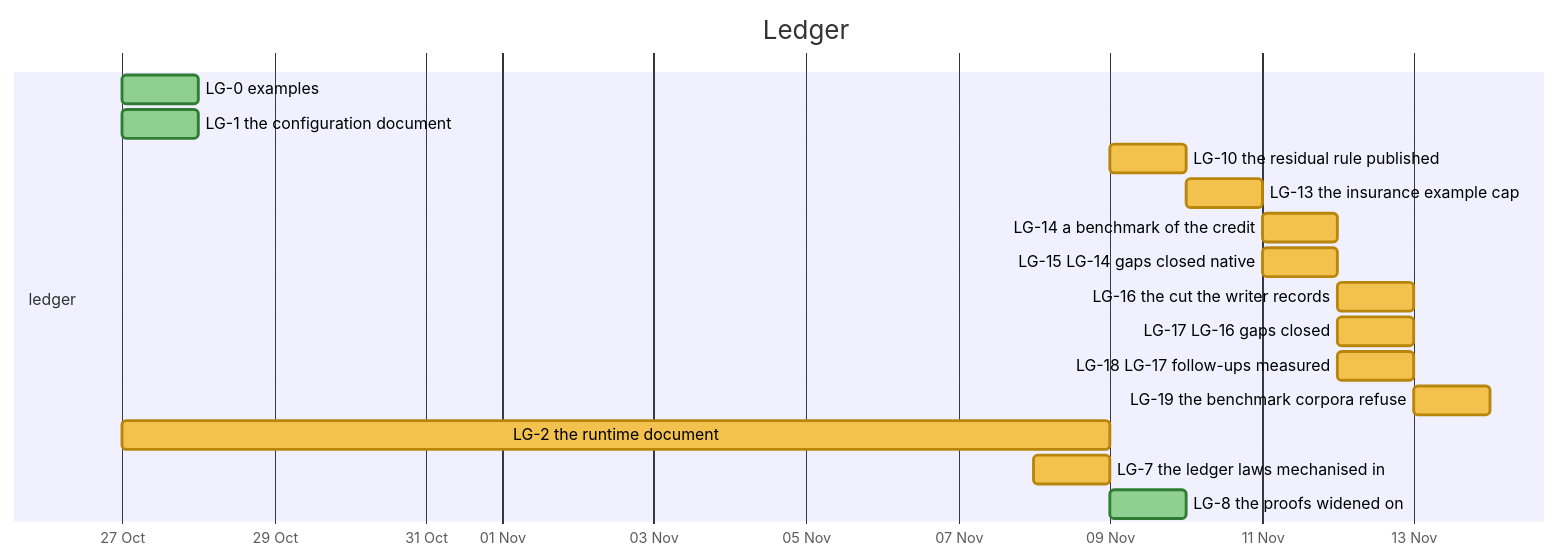
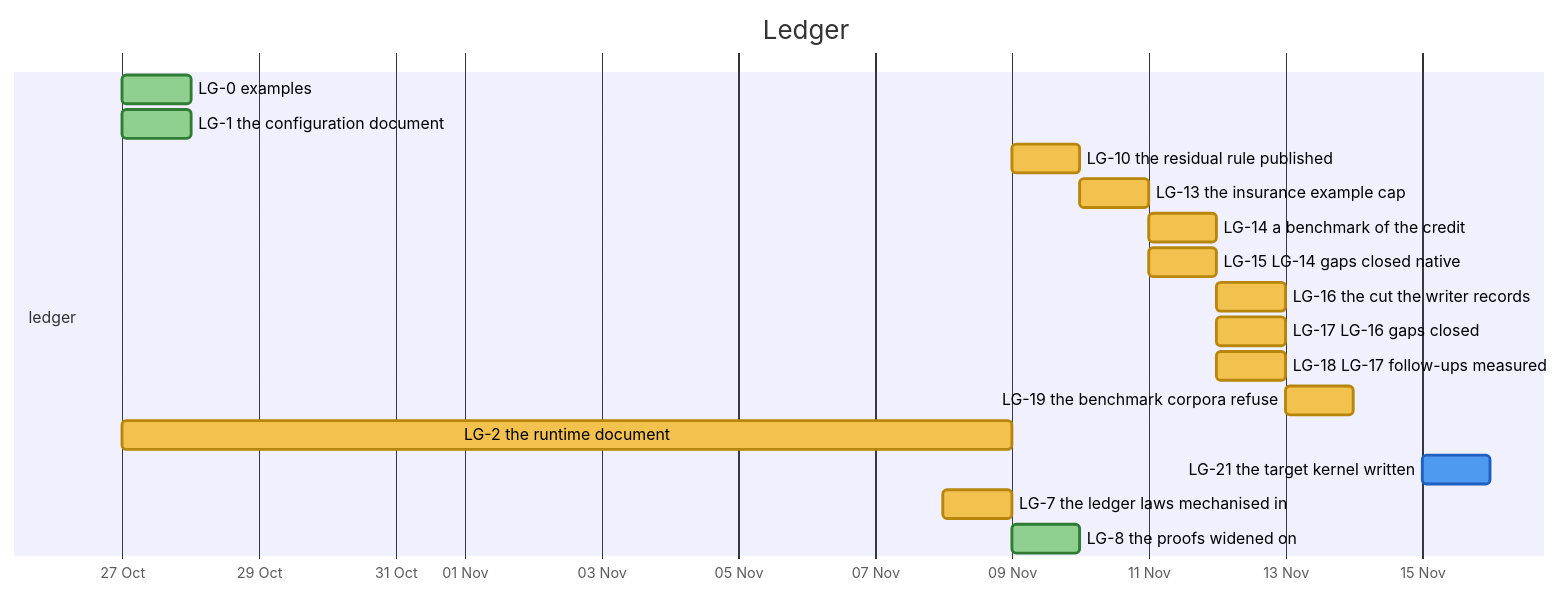
Before and after one commit to nebularis/lattice: the tenth of 31 diagrams in docs/developer/ROADMAP.md, drawn with Mermaid. The commit also changed other lines of this file and 7 other files, not shown here.

First line of the commit message:
[ledger] LG-21: the target kernel drafted for review, type-checked and tried

````diff
--- a/docs/developer/ROADMAP.md
+++ b/docs/developer/ROADMAP.md
@@ -334,21 +334,22 @@
 ```mermaid
 %%{init: {"themeVariables": {"taskBkgColor": "#f2c14e", "taskBorderColor": "#b8860b", "taskTextColor": "#000000", "activeTaskBkgColor": "#4e9af1", "activeTaskBorderColor": "#1f5fbf", "activeTaskBorderColor": "#1f5fbf", "doneTaskBkgColor": "#8fcf8f", "doneTaskBorderColor": "#2f7d32", "critBkgColor": "#f28b82", "critBorderColor": "#b23a30", "taskTextDarkColor": "#000000", "taskTextLightColor": "#000000"}}}%%
 gantt
     title Ledger
     dateFormat YYYY-MM-DD
     axisFormat %d %b
     section ledger
     LG-0 examples :done, lg0, 2026-10-27, 2026-10-28
     LG-1 the configuration document :done, lg1, 2026-10-27, 2026-10-28
     LG-10 the residual rule published :lg10, 2026-11-09, 2026-11-10
     LG-13 the insurance example cap :lg13, 2026-11-10, 2026-11-11
     LG-14 a benchmark of the credit :lg14, 2026-11-11, 2026-11-12
     LG-15 LG-14 gaps closed native :lg15, 2026-11-11, 2026-11-12
     LG-16 the cut the writer records :lg16, 2026-11-12, 2026-11-13
     LG-17 LG-16 gaps closed :lg17, 2026-11-12, 2026-11-13
     LG-18 LG-17 follow-ups measured :lg18, 2026-11-12, 2026-11-13
     LG-19 the benchmark corpora refuse :lg19, 2026-11-13, 2026-11-14
     LG-2 the runtime document :lg2, 2026-10-27, 2026-11-09
+    LG-21 the target kernel written :active, lg21, 2026-11-15, 2026-11-16
     LG-7 the ledger laws mechanised in :lg7, 2026-11-08, 2026-11-09
     LG-8 the proofs widened on :done, lg8, 2026-11-09, 2026-11-10
 ```
````
